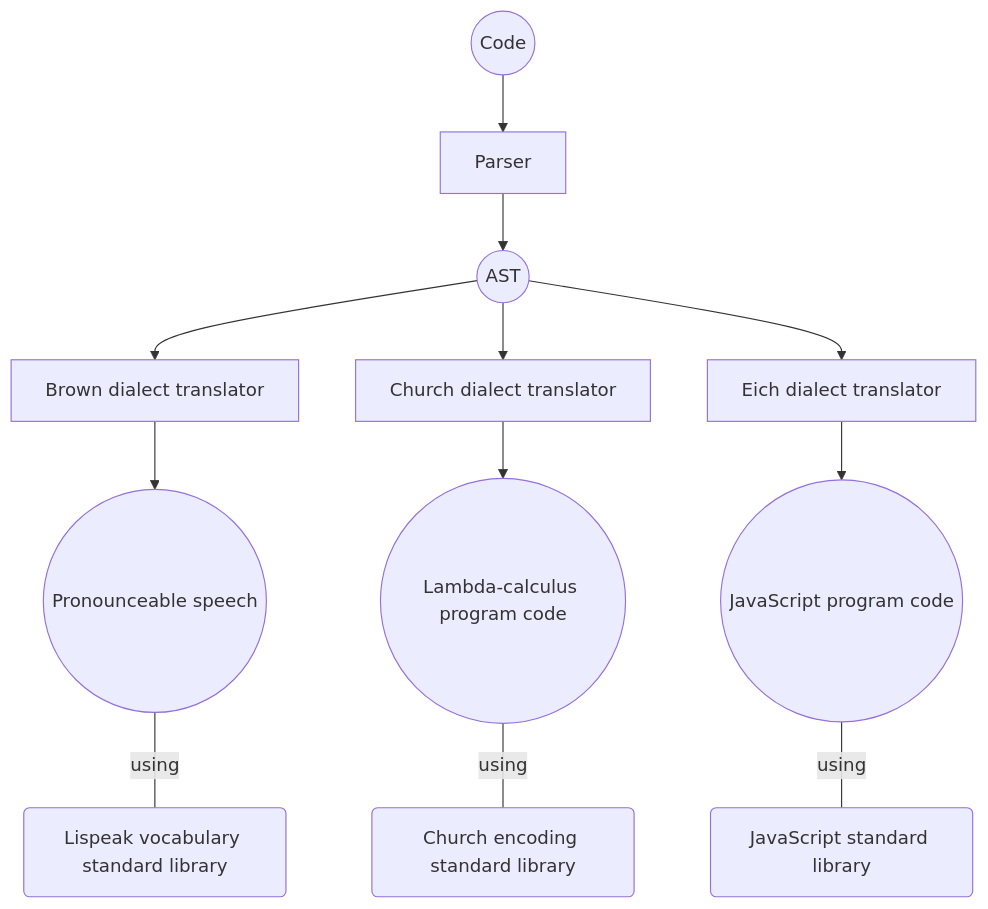
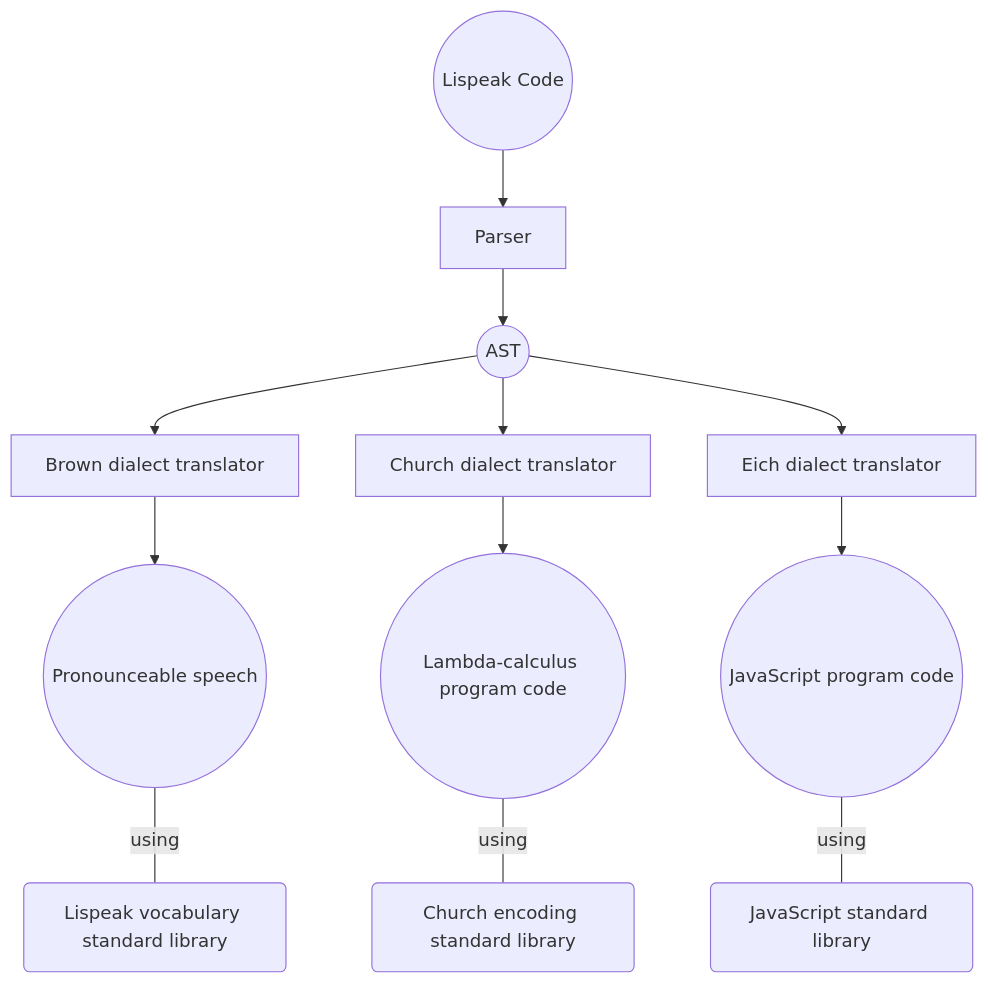
The diagram in README.md (lispeak/lispeak), drawn with Mermaid before and after one commit.

````diff
--- a/README.md
+++ b/README.md
@@ -30,14 +30,14 @@
 ```mermaid
 flowchart TD
-    Code((Code)) --> Parser[Parser]
+    Code((Lispeak Code)) --> Parser[Parser]
     Parser --> AST((AST))
     AST --> Brown[Brown dialect translator]
     AST --> Church[Church dialect translator]
     AST --> Eich[Eich dialect translator]
     Brown --> SpeakingForm((Pronounceable speech))
     Church --> LambdaCalculus((Lambda-calculus program code))
     Eich --> JavaScript((JavaScript program code))
     SpeakingForm ---|using| LispeakVocabulary(Lispeak vocabulary standard library)
     LambdaCalculus ---|using| ChurchEncoding(Church encoding standard library)
     JavaScript ---|using| JavaScriptStd(JavaScript standard library)
 ```
````
